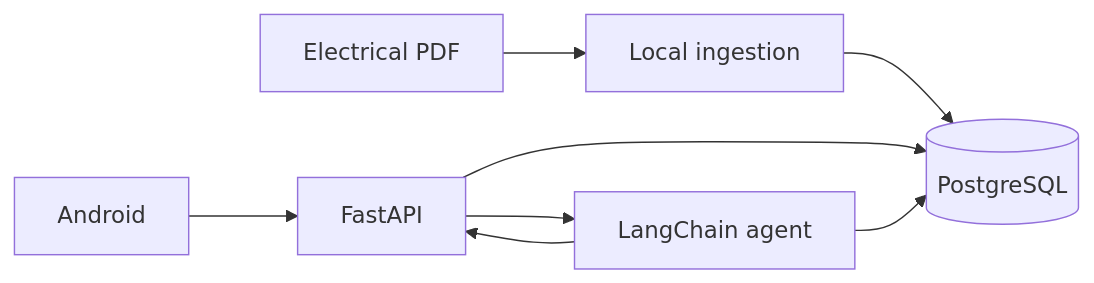
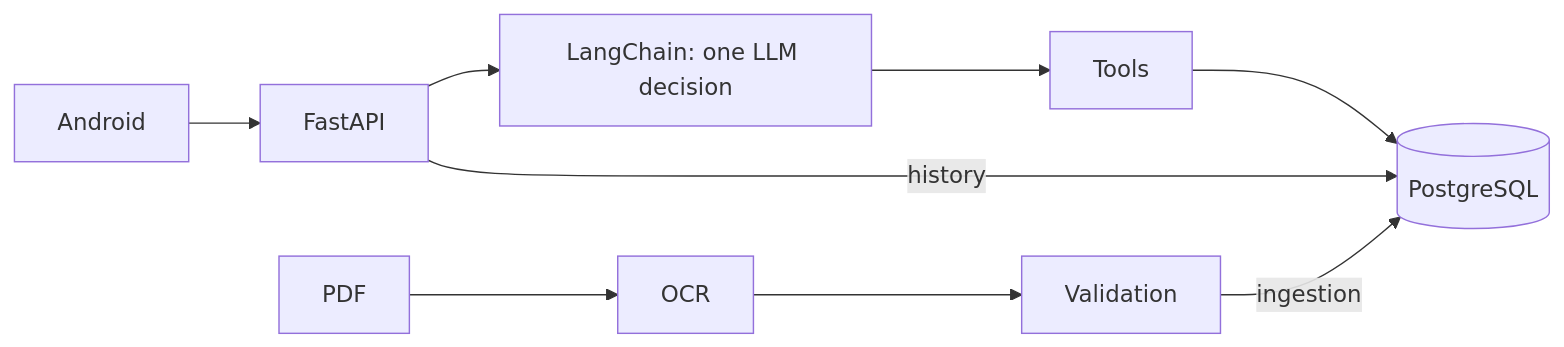
One commit to SamuelCharry/serie76-assistant changed the diagram in README.md. Above: the diagram before and after it, drawn with Mermaid. The commit also changed other lines of this file and 20 other files, not shown here.

````diff
--- a/README.md
+++ b/README.md
@@ -9,10 +9,11 @@
 ```mermaid
 flowchart LR
-    PDF[Electrical PDF] --> Ingestion[Local ingestion]
-    Ingestion --> DB[(PostgreSQL)]
-    API[FastAPI] --> DB
-    Agent[LangChain agent] --> API
-    Android[Android] --> API
-    API --> Agent
-    Agent --> DB
+    Android[Android] --> API[FastAPI]
+    API --> Agent["LangChain: one LLM decision"]
+    Agent --> Tools[Tools]
+    Tools --> DB[(PostgreSQL)]
+    API -->|history| DB
+    PDF[PDF] --> OCR[OCR]
+    OCR --> Validation[Validation]
+    Validation -->|ingestion| DB
 ```
````
